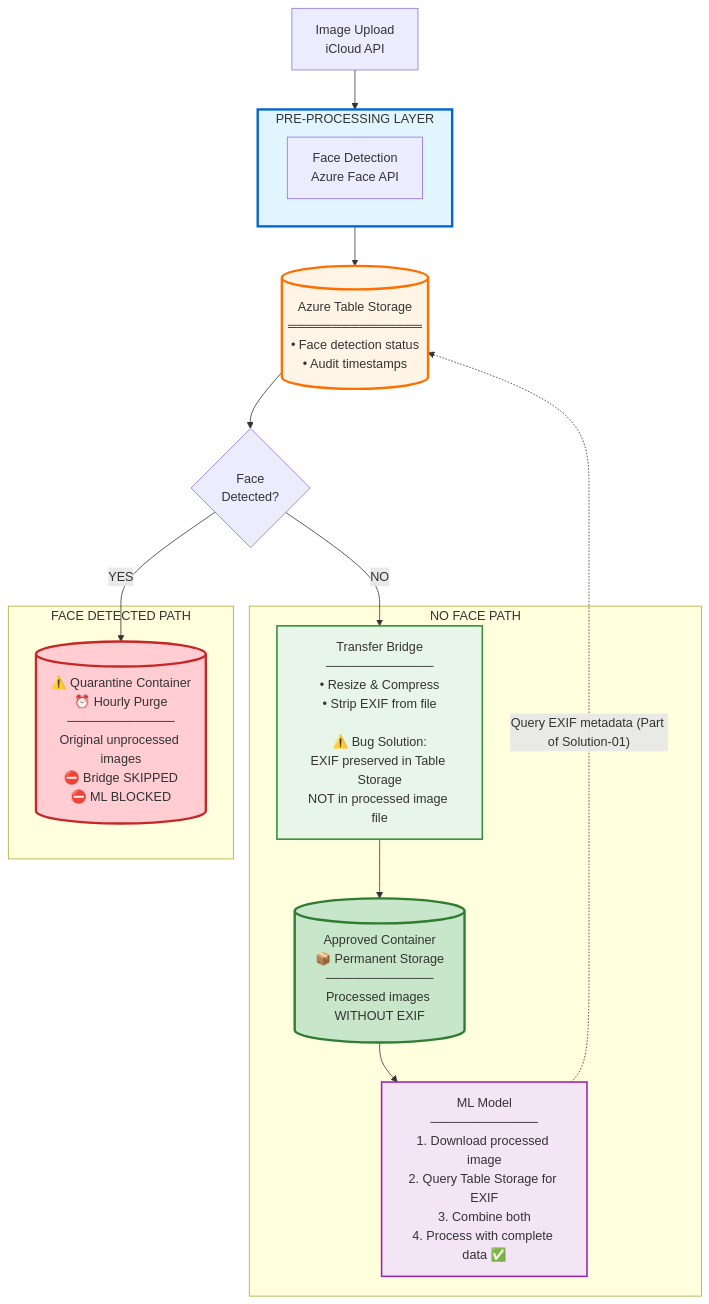
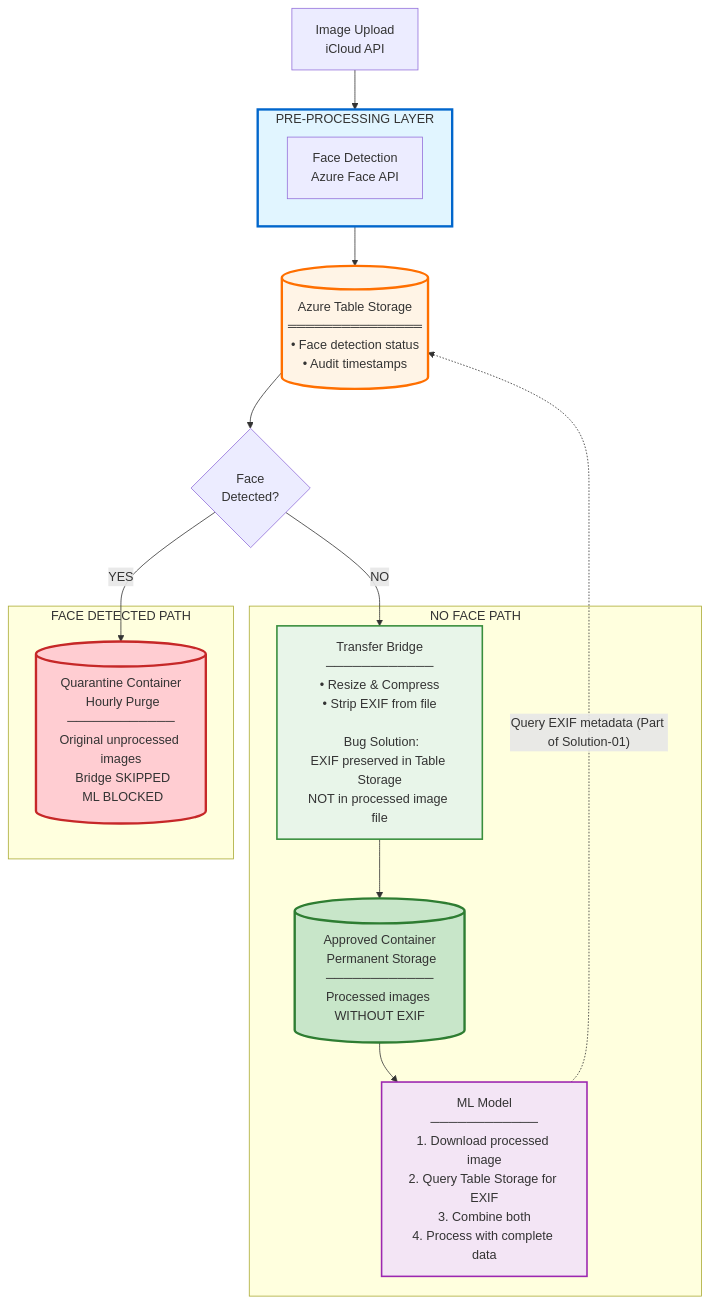
One commit to anandSgunti/cloud changed the diagram in 03. The-Privacy/Solution architecture.md. Above: the diagram before and after it, drawn with Mermaid.

Commit message:
Update Solution architecture.md

````diff
--- a/03. The-Privacy/Solution architecture.md
+++ b/03. The-Privacy/Solution architecture.md
@@ -17,41 +17,41 @@
 ```mermaid
 flowchart TD
     Start[Image Upload<br/>iCloud API]
     
     subgraph PreProcess[PRE-PROCESSING LAYER]
         FaceDetect[Face Detection<br/>Azure Face API]
     end
     
     TableStorage[(Azure Table Storage<br/>═══════════════<br/>• Face detection status<br/>• Audit timestamps)]
     
     Decision{Face<br/>Detected?}
     
     subgraph NoFace[NO FACE PATH]
-        Bridge[Transfer Bridge<br/>────────────<br/>• Resize & Compress<br/>• Strip EXIF from file<br/><br/>⚠️ Bug Solution:<br/>EXIF preserved in Table Storage<br/>NOT in processed image file]
-        Approved[(Approved Container<br/>📦 Permanent Storage<br/>────────────<br/>Processed images WITHOUT EXIF)]
-        ML[ML Model<br/>────────────<br/>1. Download processed image<br/>2. Query Table Storage for EXIF<br/>3. Combine both<br/>4. Process with complete data ✅]
+        Bridge[Transfer Bridge<br/>────────────<br/>• Resize & Compress<br/>• Strip EXIF from file<br/><br/> Bug Solution:<br/>EXIF preserved in Table Storage<br/>NOT in processed image file]
+        Approved[(Approved Container<br/> Permanent Storage<br/>────────────<br/>Processed images WITHOUT EXIF)]
+        ML[ML Model<br/>────────────<br/>1. Download processed image<br/>2. Query Table Storage for EXIF<br/>3. Combine both<br/>4. Process with complete data ]
     end
     
     subgraph FacePath[FACE DETECTED PATH]
-        Quarantine[(⚠️ Quarantine Container<br/>⏰ Hourly Purge<br/>────────────<br/>Original unprocessed images<br/>⛔ Bridge SKIPPED<br/>⛔ ML BLOCKED)]
+        Quarantine[( Quarantine Container<br/> Hourly Purge<br/>────────────<br/>Original unprocessed images<br/> Bridge SKIPPED<br/> ML BLOCKED)]
     end
     
     Start --> PreProcess
     PreProcess --> TableStorage
     TableStorage --> Decision
     
     Decision -->|NO| Bridge
     Bridge --> Approved
     Approved --> ML
     ML -.Query EXIF metadata (Part of Solution-01).-> TableStorage
     
     Decision -->|YES| Quarantine
     
     
     style PreProcess fill:#e1f5ff,stroke:#0066cc,stroke-width:3px
     style TableStorage fill:#fff4e6,stroke:#ff6f00,stroke-width:3px
     style Bridge fill:#e8f5e9,stroke:#388e3c,stroke-width:2px
     style Approved fill:#c8e6c9,stroke:#2e7d32,stroke-width:3px
     style ML fill:#f3e5f5,stroke:#9c27b0,stroke-width:2px
     style Quarantine fill:#ffcdd2,stroke:#c62828,stroke-width:3px
 ```
````
